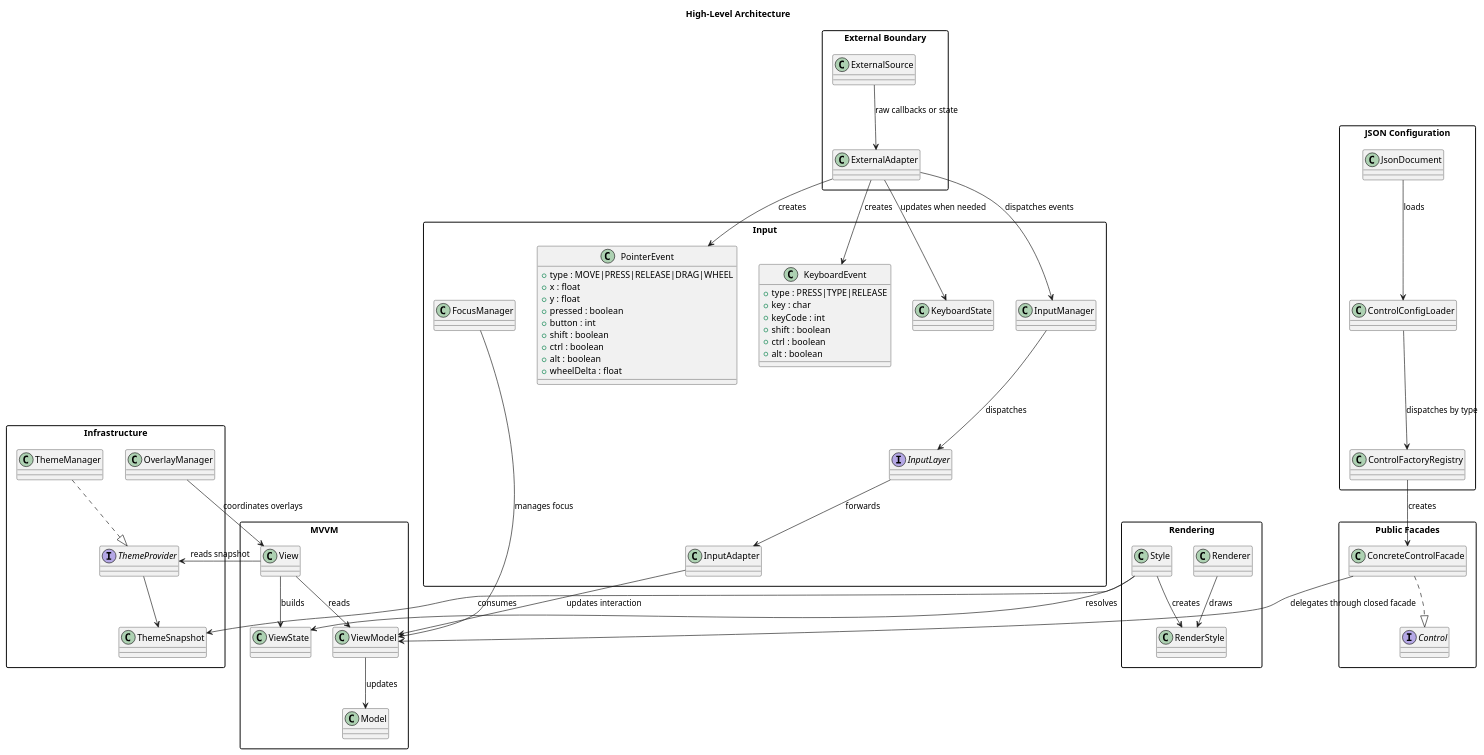
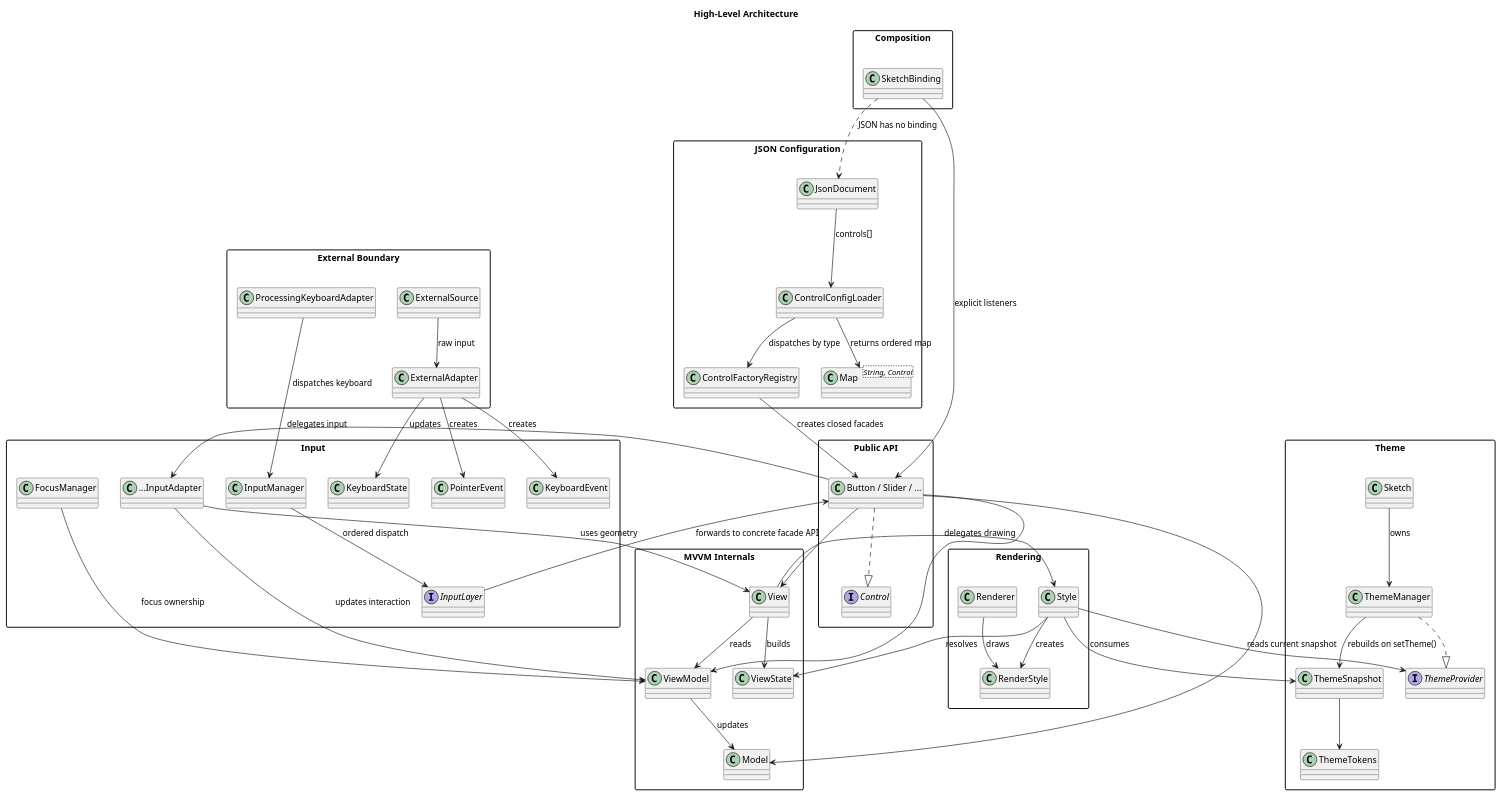
One commit to cdpoloz/cpz-mvvm-processing-controls changed the diagram in docs/uml/architecture.puml. Above: the diagram before and after it, drawn with PlantUML. The commit also changed 251 other files, not shown here.

```diff
--- a/docs/uml/architecture.puml
+++ b/docs/uml/architecture.puml
@@ -1,96 +1,98 @@
 @startuml
 title High-Level Architecture
 skinparam packageStyle rectangle
 skinparam shadowing false
 
 package "External Boundary" {
   class ExternalSource
   class ExternalAdapter
+  class ProcessingKeyboardAdapter
 }
 
 package "Input" {
-  class PointerEvent {
-    +type : MOVE|PRESS|RELEASE|DRAG|WHEEL
-    +x : float
-    +y : float
-    +pressed : boolean
-    +button : int
-    +shift : boolean
-    +ctrl : boolean
-    +alt : boolean
-    +wheelDelta : float
-  }
-  class KeyboardEvent {
-    +type : PRESS|TYPE|RELEASE
-    +key : char
-    +keyCode : int
-    +shift : boolean
-    +ctrl : boolean
-    +alt : boolean
-  }
+  class PointerEvent
+  class KeyboardEvent
   class KeyboardState
   class InputManager
   interface InputLayer
-  class InputAdapter
+  class "...InputAdapter" as ControlInputAdapter
   class FocusManager
 }
 
-package "MVVM" {
+package "Public API" {
+  interface Control
+  class "Button / Slider / ..." as PublicFacade
+}
+
+package "MVVM Internals" {
   class Model
   class ViewModel
   class View
   class ViewState
-}
-
-package "Public Facades" {
-  interface Control
-  class ConcreteControlFacade
-}
-
-package "JSON Configuration" {
-  class JsonDocument
-  class ControlConfigLoader
-  class ControlFactoryRegistry
 }
 
 package "Rendering" {
   class Style
   class RenderStyle
   class Renderer
 }
 
-package "Infrastructure" {
+package "Theme" {
+  class Sketch
   interface ThemeProvider
   class ThemeManager
   class ThemeSnapshot
-  class OverlayManager
+  class ThemeTokens
 }
 
-ThemeManager ..|> ThemeProvider
-ThemeProvider --> ThemeSnapshot
+package "JSON Configuration" {
+  class JsonDocument
+  class ControlConfigLoader
+  class ControlFactoryRegistry
+  class "Map<String, Control>" as ControlMap
+}
 
-ExternalSource --> ExternalAdapter : raw callbacks or state
+package "Composition" {
+  class SketchBinding
+}
+
+ExternalSource --> ExternalAdapter : raw input
 ExternalAdapter --> PointerEvent : creates
 ExternalAdapter --> KeyboardEvent : creates
-ExternalAdapter --> KeyboardState : updates when needed
-ExternalAdapter --> InputManager : dispatches events
-JsonDocument --> ControlConfigLoader : loads
-ControlConfigLoader --> ControlFactoryRegistry : dispatches by type
-ControlFactoryRegistry --> ConcreteControlFacade : creates
-InputManager --> InputLayer : dispatches
-InputLayer --> InputAdapter : forwards
-InputAdapter --> ViewModel : updates interaction
-FocusManager --> ViewModel : manages focus
+ExternalAdapter --> KeyboardState : updates
+ProcessingKeyboardAdapter --> InputManager : dispatches keyboard
 
-ConcreteControlFacade ..|> Control
-ConcreteControlFacade --> ViewModel : delegates through closed facade
+InputManager --> InputLayer : ordered dispatch
+InputLayer --> PublicFacade : forwards to concrete facade API
+PublicFacade --> ControlInputAdapter : delegates input
+ControlInputAdapter --> View : uses geometry
+ControlInputAdapter --> ViewModel : updates interaction
+FocusManager --> ViewModel : focus ownership
+
+PublicFacade ..|> Control
+PublicFacade --> Model
+PublicFacade --> ViewModel
+PublicFacade --> View
 ViewModel --> Model : updates
 View --> ViewModel : reads
 View --> ViewState : builds
-View --> ThemeProvider : reads snapshot
+View --> Style : delegates drawing
+Style --> ThemeSnapshot : consumes
 Style --> ViewState : resolves
-Style --> ThemeSnapshot : consumes
 Style --> RenderStyle : creates
 Renderer --> RenderStyle : draws
-OverlayManager --> View : coordinates overlays
+
+Sketch --> ThemeManager : owns
+ThemeManager ..|> ThemeProvider
+ThemeManager --> ThemeSnapshot : rebuilds on setTheme()
+ThemeSnapshot --> ThemeTokens
+Style --> ThemeProvider : reads current snapshot
+
+JsonDocument --> ControlConfigLoader : controls[]
+ControlConfigLoader --> ControlFactoryRegistry : dispatches by type
+ControlFactoryRegistry --> PublicFacade : creates closed facades
+ControlConfigLoader --> ControlMap : returns ordered map
+
+SketchBinding --> PublicFacade : explicit listeners
+SketchBinding ..> JsonDocument : JSON has no binding
 @enduml
```
